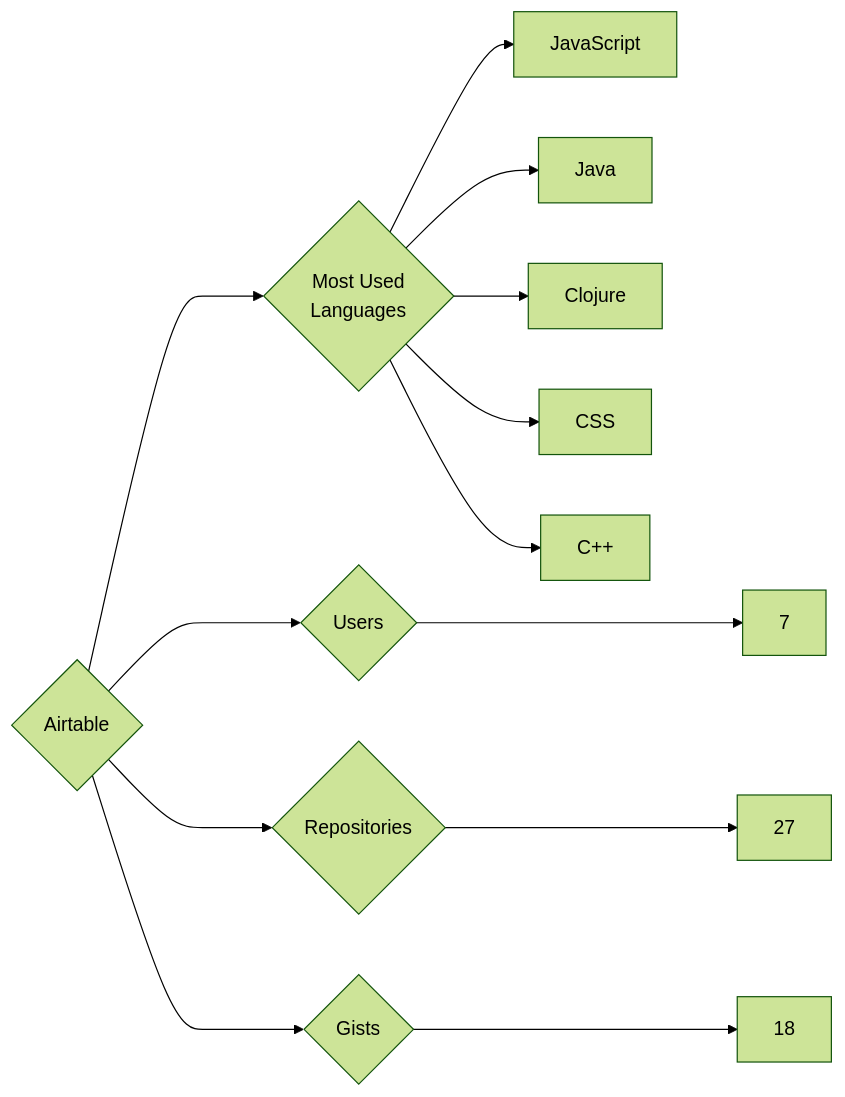
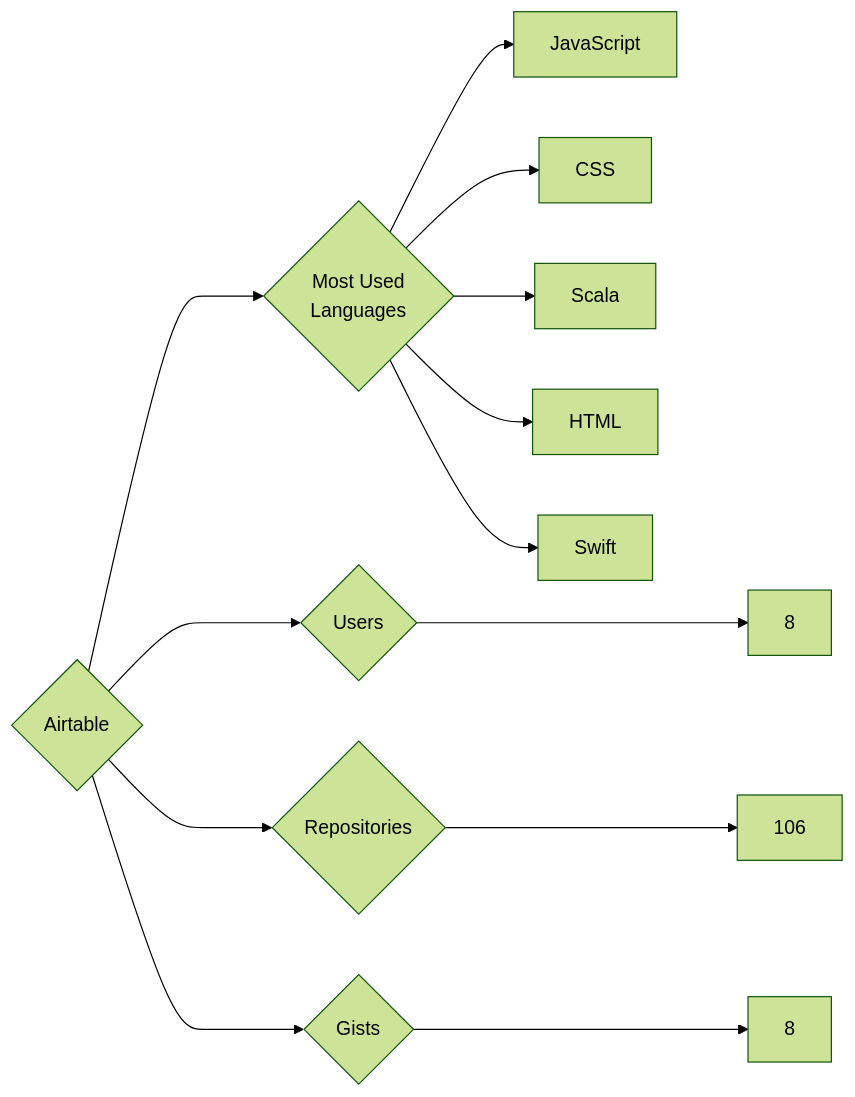
Before and after one commit to trickest/insiders: the diagram in targets/Airtable/README.md, drawn with Mermaid (forest theme). The commit also changed 988 other files, not shown here.

````diff
--- a/targets/Airtable/README.md
+++ b/targets/Airtable/README.md
@@ -3,13 +3,13 @@
 ```mermaid
 graph LR
 COMPANY_NAME{Airtable}
-COMPANY_NAME ---> U{Users} ---> UN[7]
-COMPANY_NAME ---> R{Repositories} ---> RN[27]
-COMPANY_NAME ---> G{Gists} ---> GN[18]
+COMPANY_NAME ---> U{Users} ---> UN[8]
+COMPANY_NAME ---> R{Repositories} ---> RN[106]
+COMPANY_NAME ---> G{Gists} ---> GN[8]
 COMPANY_NAME ---> ML{Most Used<br>Languages}
 ML --> JavaScript[JavaScript]
-ML --> Java[Java]
-ML --> Clojure[Clojure]
 ML --> CSS[CSS]
-ML --> C++[C++]
+ML --> Scala[Scala]
+ML --> HTML[HTML]
+ML --> Swift[Swift]
 ```
````
